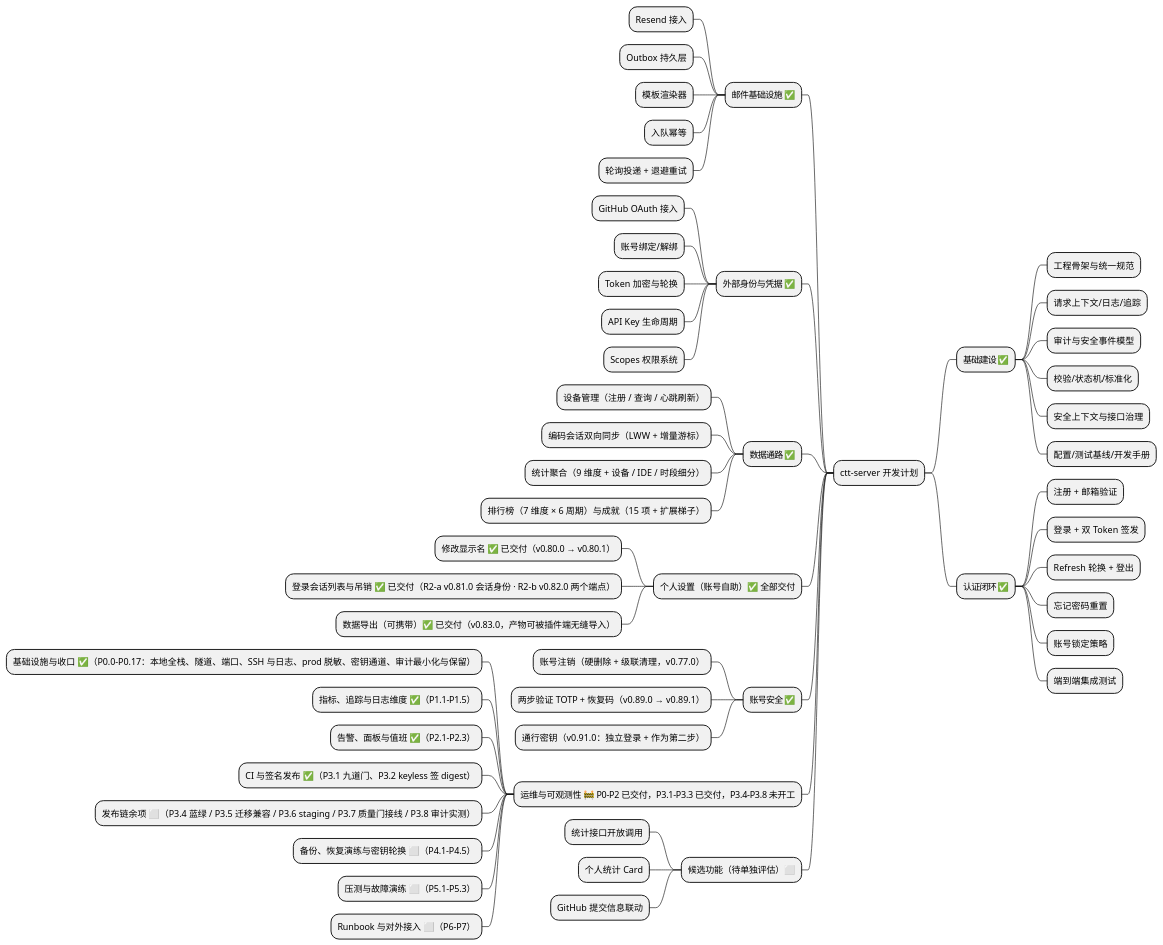
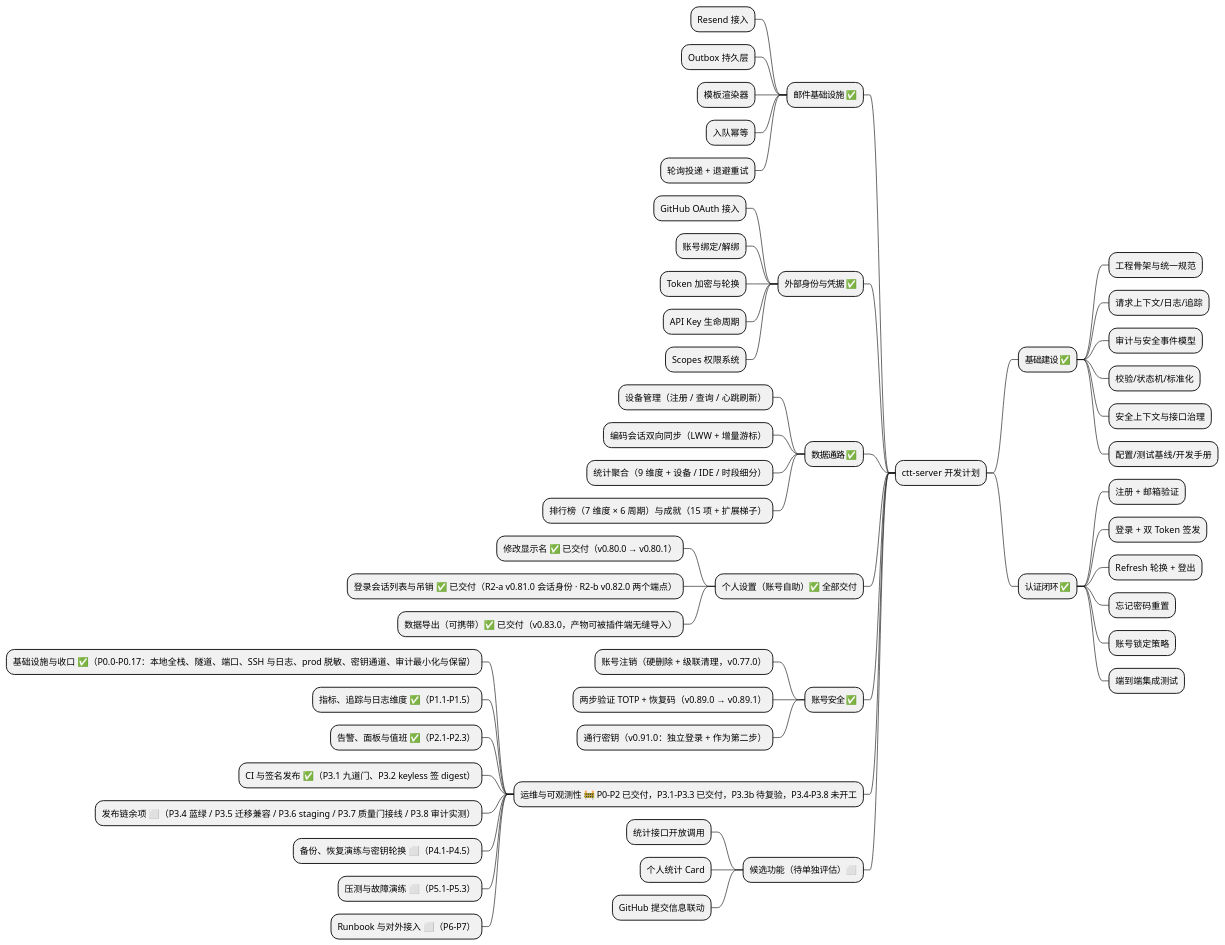
The first of 9 diagrams in .plans/ctt-server-development-plan.md (AhogeK/ctt-server), drawn with PlantUML before and after one commit. The commit also changed other lines of this file and 4 other files, not shown here.

````diff
--- a/.plans/ctt-server-development-plan.md
+++ b/.plans/ctt-server-development-plan.md
@@ -34,59 +34,59 @@
 ```plantuml
 @startmindmap
 * ctt-server 开发计划
 ** 基础建设 ✅
 *** 工程骨架与统一规范
 *** 请求上下文/日志/追踪
 *** 审计与安全事件模型
 *** 校验/状态机/标准化
 *** 安全上下文与接口治理
 *** 配置/测试基线/开发手册
 ** 认证闭环 ✅
 *** 注册 + 邮箱验证
 *** 登录 + 双 Token 签发
 *** Refresh 轮换 + 登出
 *** 忘记密码重置
 *** 账号锁定策略
 *** 端到端集成测试
 
 left side
 ** 邮件基础设施 ✅
 *** Resend 接入
 *** Outbox 持久层
 *** 模板渲染器
 *** 入队幂等
 *** 轮询投递 + 退避重试
 ** 外部身份与凭据 ✅
 *** GitHub OAuth 接入
 *** 账号绑定/解绑
 *** Token 加密与轮换
 *** API Key 生命周期
 *** Scopes 权限系统
 ** 数据通路 ✅
 *** 设备管理（注册 / 查询 / 心跳刷新）
 *** 编码会话双向同步（LWW + 增量游标）
 *** 统计聚合（9 维度 + 设备 / IDE / 时段细分）
 *** 排行榜（7 维度 × 6 周期）与成就（15 项 + 扩展梯子）
 ** 个人设置（账号自助）✅ 全部交付
 *** 修改显示名 ✅ 已交付（v0.80.0 → v0.80.1）
 *** 登录会话列表与吊销 ✅ 已交付（R2-a v0.81.0 会话身份 · R2-b v0.82.0 两个端点）
 *** 数据导出（可携带）✅ 已交付（v0.83.0，产物可被插件端无缝导入）
 ** 账号安全 ✅
 *** 账号注销（硬删除 + 级联清理，v0.77.0）
 *** 两步验证 TOTP + 恢复码（v0.89.0 → v0.89.1）
 *** 通行密钥（v0.91.0：独立登录 + 作为第二步）
-** 运维与可观测性 🚧 P0–P2 已交付，P3.1–P3.3 已交付，P3.4–P3.8 未开工
+** 运维与可观测性 🚧 P0–P2 已交付，P3.1–P3.3 已交付，P3.3b 待复验，P3.4–P3.8 未开工
 *** 基础设施与收口 ✅（P0.0–P0.17：本地全栈、隧道、端口、SSH 与日志、prod 脱敏、密钥通道、审计最小化与保留）
 *** 指标、追踪与日志维度 ✅（P1.1–P1.5）
 *** 告警、面板与值班 ✅（P2.1–P2.3）
 *** CI 与签名发布 ✅（P3.1 九道门、P3.2 keyless 签 digest）
 *** 发布链余项 ⬜（P3.4 蓝绿 / P3.5 迁移兼容 / P3.6 staging / P3.7 质量门接线 / P3.8 审计实测）
 *** 备份、恢复演练与密钥轮换 ⬜（P4.1–P4.5）
 *** 压测与故障演练 ⬜（P5.1–P5.3）
 *** Runbook 与对外接入 ⬜（P6–P7）
 ** 候选功能（待单独评估）⬜
 *** 统计接口开放调用
 *** 个人统计 Card
 *** GitHub 提交信息联动
 @endmindmap
 ```
````
